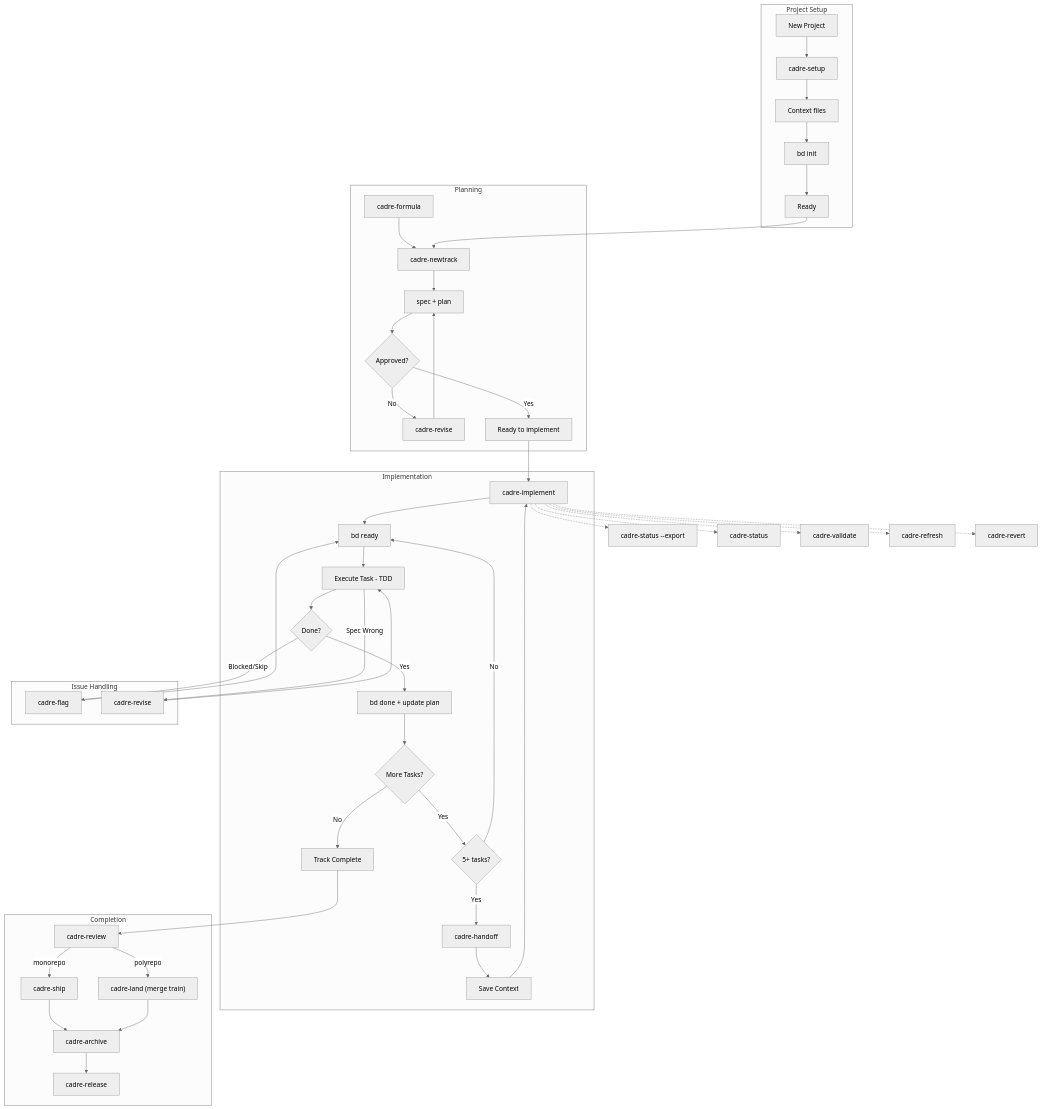
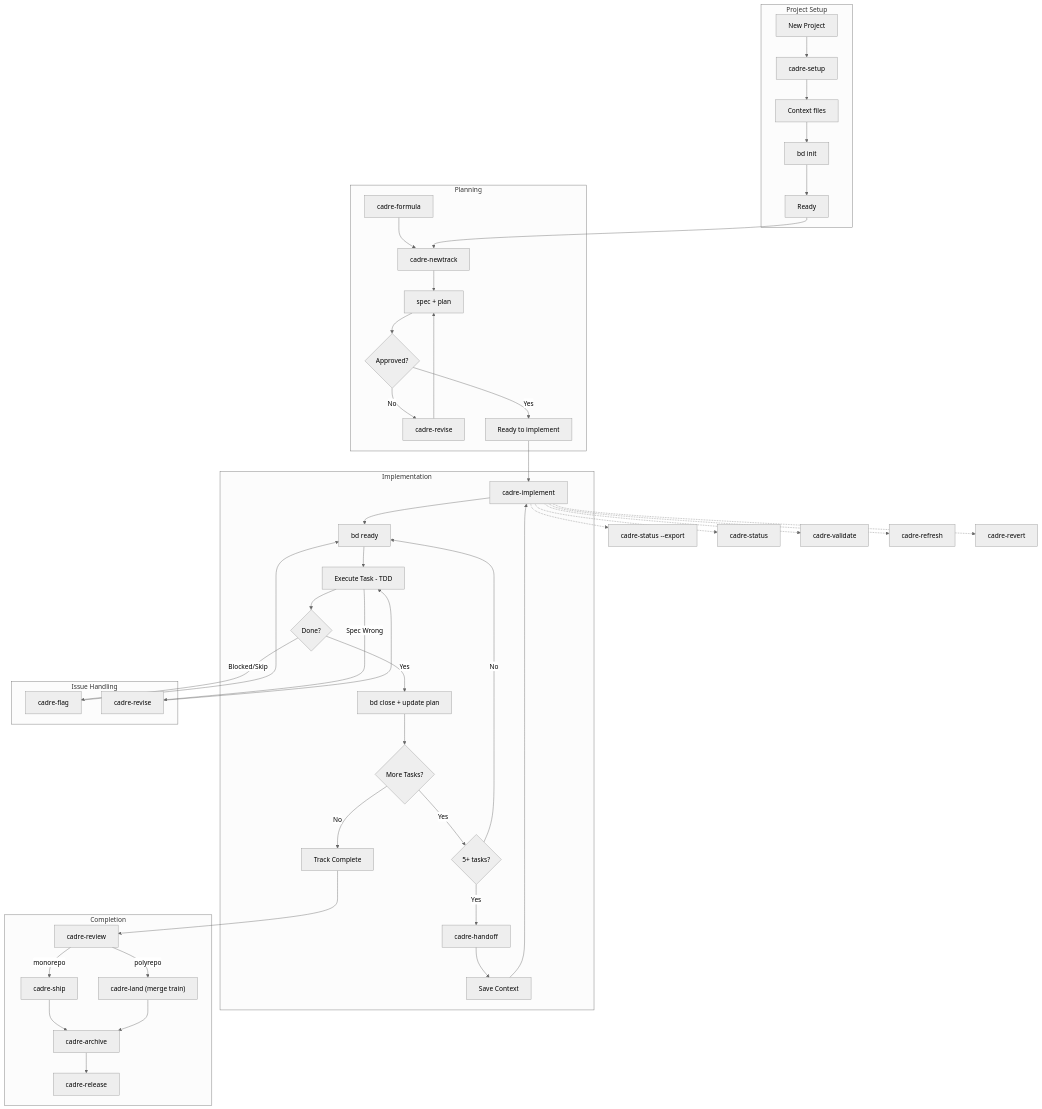
The first of 3 diagrams in README.md (vishal-kr-barnwal/cadre), drawn with Mermaid (neutral theme) before and after one commit. The commit also changed other lines of this file and 181 other files, not shown here.

````diff
--- a/README.md
+++ b/README.md
@@ -403,56 +395,56 @@
 ```mermaid
 flowchart TD
     subgraph SETUP[Project Setup]
         A[New Project] --> B["cadre-setup"]
         B --> C[Context files]
         C --> D["bd init"]
         D --> E[Ready]
     end
 
     subgraph PLANNING[Planning]
         FM["cadre-formula"] --> F["cadre-newtrack"]
         E --> F
         F --> G[spec + plan]
         G --> H{Approved?}
         H -->|No| I["cadre-revise"]
         I --> G
         H -->|Yes| J[Ready to implement]
     end
 
     subgraph IMPL[Implementation]
         J --> K["cadre-implement"]
         K --> L["bd ready"]
         L --> M[Execute Task - TDD]
         M --> N{Done?}
-        N -->|Yes| O["bd done + update plan"]
+        N -->|Yes| O["bd close + update plan"]
         O --> P{More Tasks?}
         P -->|Yes| Q{5+ tasks?}
         Q -->|Yes| R["cadre-handoff"]
         R --> S[Save Context]
         S --> K
         Q -->|No| L
         P -->|No| T[Track Complete]
     end
 
     subgraph ISSUES[Issue Handling]
         N -->|Blocked/Skip| U["cadre-flag"]
         U --> L
         M -->|Spec Wrong| W["cadre-revise"]
         W --> M
     end
 
     subgraph DONE[Completion]
         T --> RV["cadre-review"]
         RV -->|monorepo| SH["cadre-ship"]
         RV -->|polyrepo| LD["cadre-land (merge train)"]
         SH --> X["cadre-archive"]
         LD --> X
         X --> RL["cadre-release"]
     end
 
     K -.-> EX["cadre-status --export"]
     K -.-> Z["cadre-status"]
     K -.-> AA["cadre-validate"]
     K -.-> RF["cadre-refresh"]
     K -.-> RVT["cadre-revert"]
 ```
````
